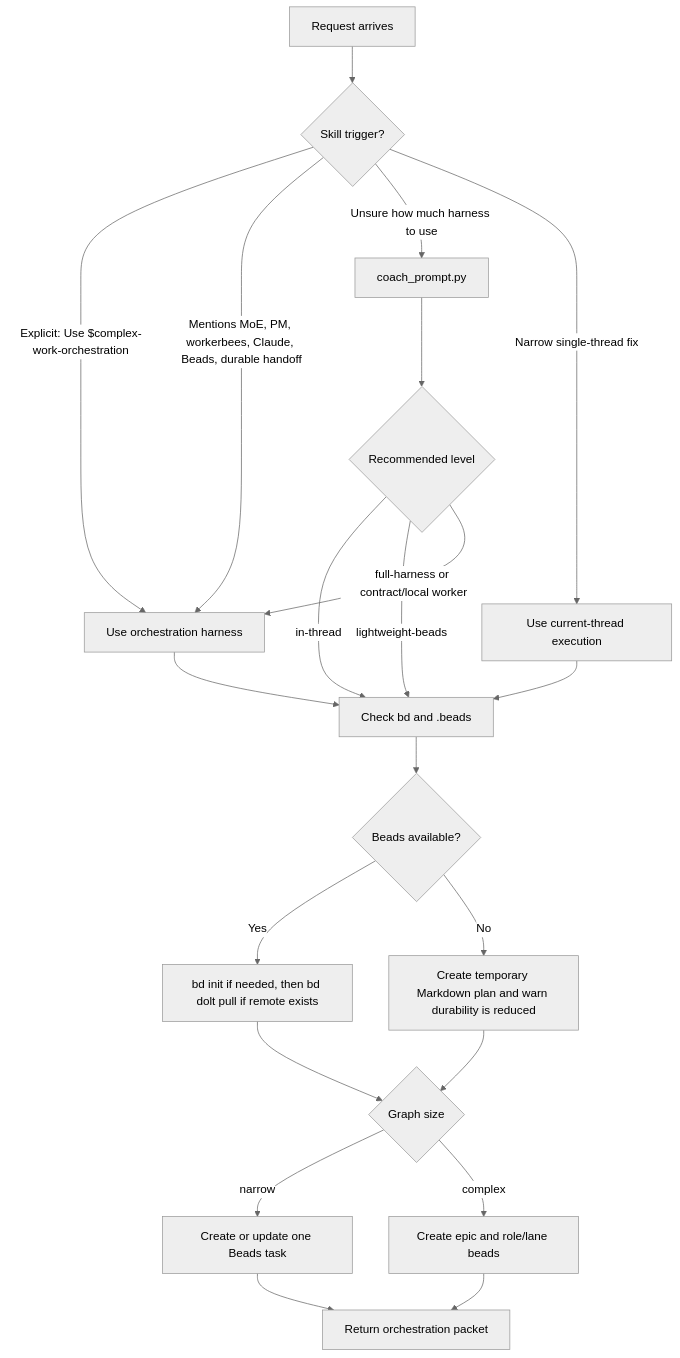
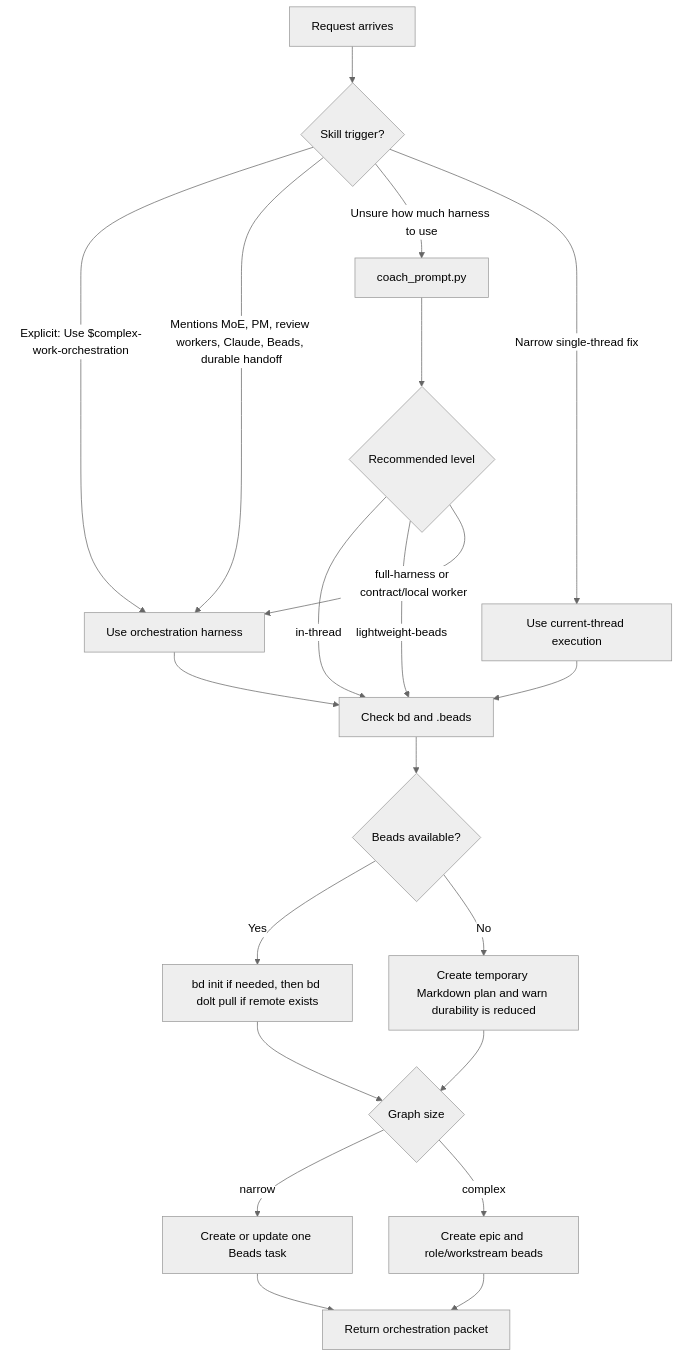
Before and after one commit to gprocunier/complex-work-orchestration: the third of 7 diagrams in README.md, drawn with Mermaid (neutral theme). The commit also changed other lines of this file and 21 other files, not shown here.

````diff
--- a/README.md
+++ b/README.md
@@ -259,26 +265,26 @@
 ```mermaid
 flowchart TD
     Start[Request arrives] --> Trigger{Skill trigger?}
     Trigger -->|Explicit: Use $complex-work-orchestration| Harness[Use orchestration harness]
-    Trigger -->|Mentions MoE, PM, workerbees, Claude, Beads, durable handoff| Harness
+    Trigger -->|Mentions MoE, PM, review workers, Claude, Beads, durable handoff| Harness
     Trigger -->|Unsure how much harness to use| Coach[coach_prompt.py]
     Trigger -->|Narrow single-thread fix| Local[Use current-thread execution]
 
     Coach --> Sizing{Recommended level}
     Sizing -->|in-thread| BeadsCheck
     Sizing -->|lightweight-beads| BeadsCheck
     Sizing -->|full-harness or contract/local worker| Harness
     Local --> BeadsCheck[Check bd and .beads]
     Harness --> BeadsCheck
 
     BeadsCheck --> HasBeads{Beads available?}
     HasBeads -->|Yes| InitSync[bd init if needed, then bd dolt pull if remote exists]
     HasBeads -->|No| Markdown[Create temporary Markdown plan and warn durability is reduced]
 
     InitSync --> Size{Graph size}
     Markdown --> Size
     Size -->|narrow| SingleTask[Create or update one Beads task]
-    Size -->|complex| Scaffold[Create epic and role/lane beads]
+    Size -->|complex| Scaffold[Create epic and role/workstream beads]
     SingleTask --> Packet[Return orchestration packet]
     Scaffold --> Packet[Return orchestration packet]
 ```
````
